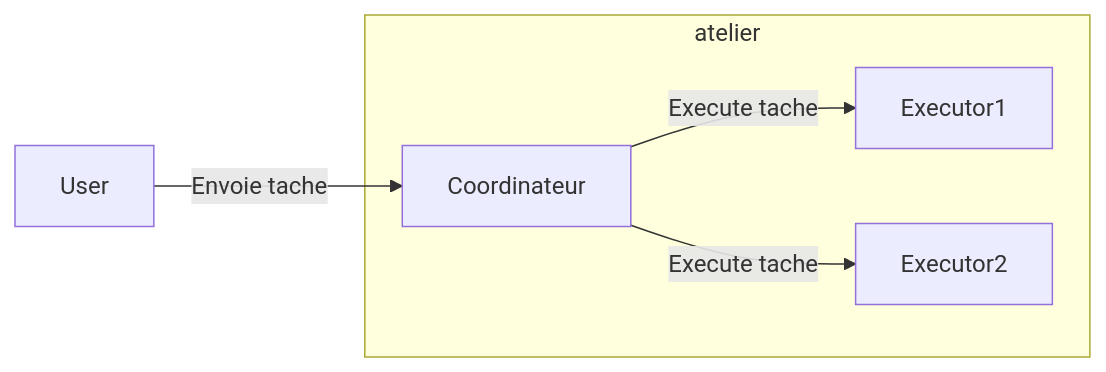
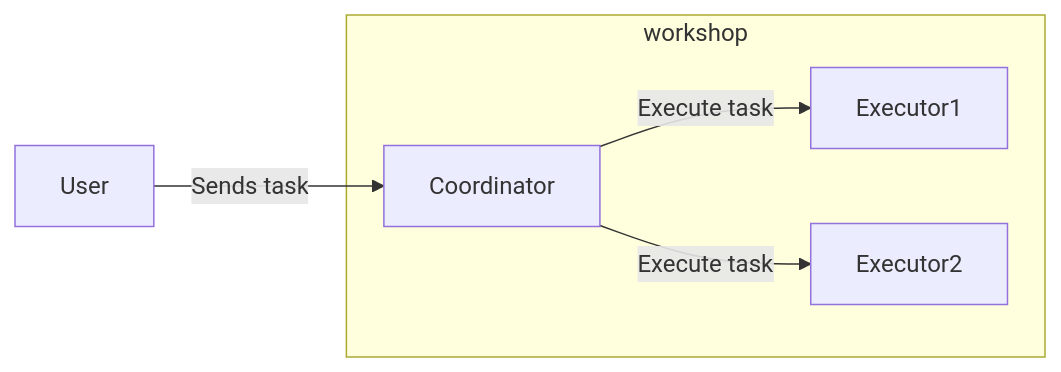
One commit to jotitan/formation-golang changed the diagram in README.md. Above: the diagram before and after it, drawn with Mermaid. The commit also changed other lines of this file and 10 other files, not shown here.

````diff
--- a/README.md
+++ b/README.md
@@ -26,13 +27,13 @@
 ```mermaid
 
 flowchart LR;
 
-subgraph atelier
-    Coordinateur
-    Coordinateur--"Execute tache"-->Executor1
-    Coordinateur--"Execute tache"-->Executor2
+subgraph workshop
+    Coordinator
+    Coordinator--"Execute task"-->Executor1
+    Coordinator--"Execute task"-->Executor2
 end
 
-User--"Envoie tache"-->Coordinateur
+User--"Sends task"-->Coordinator
 
 ```
````
